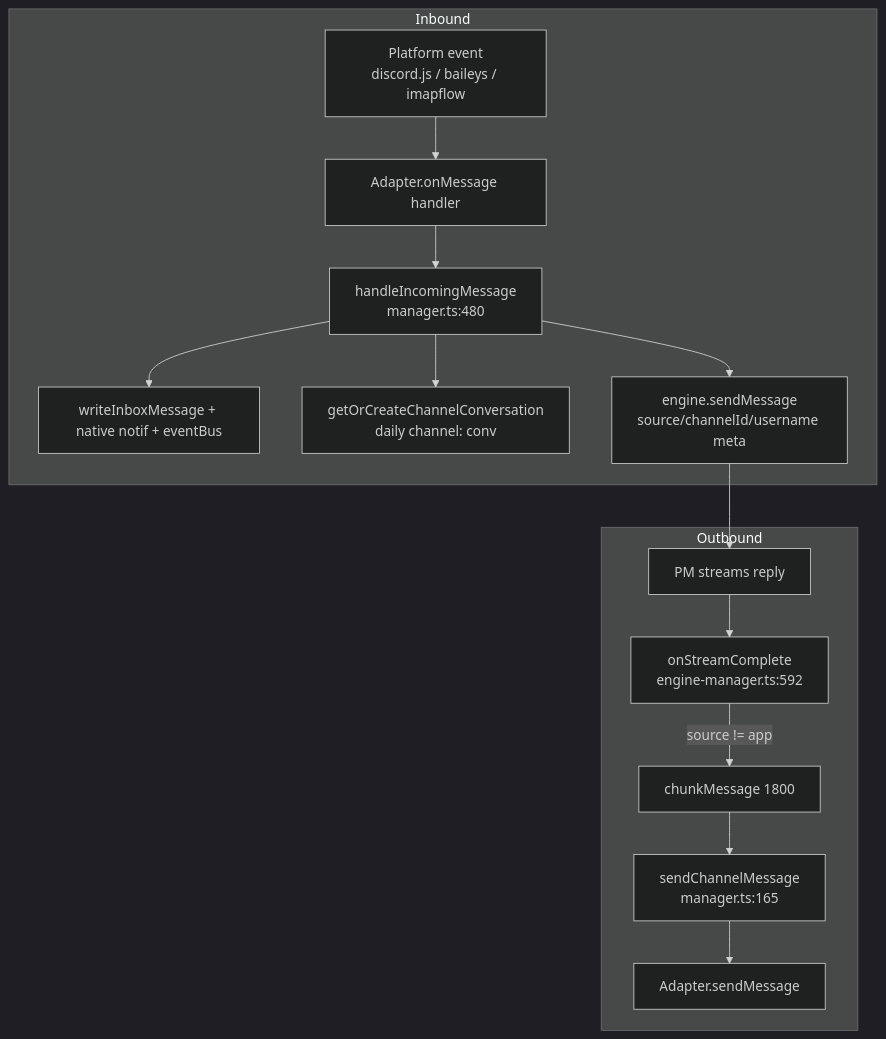
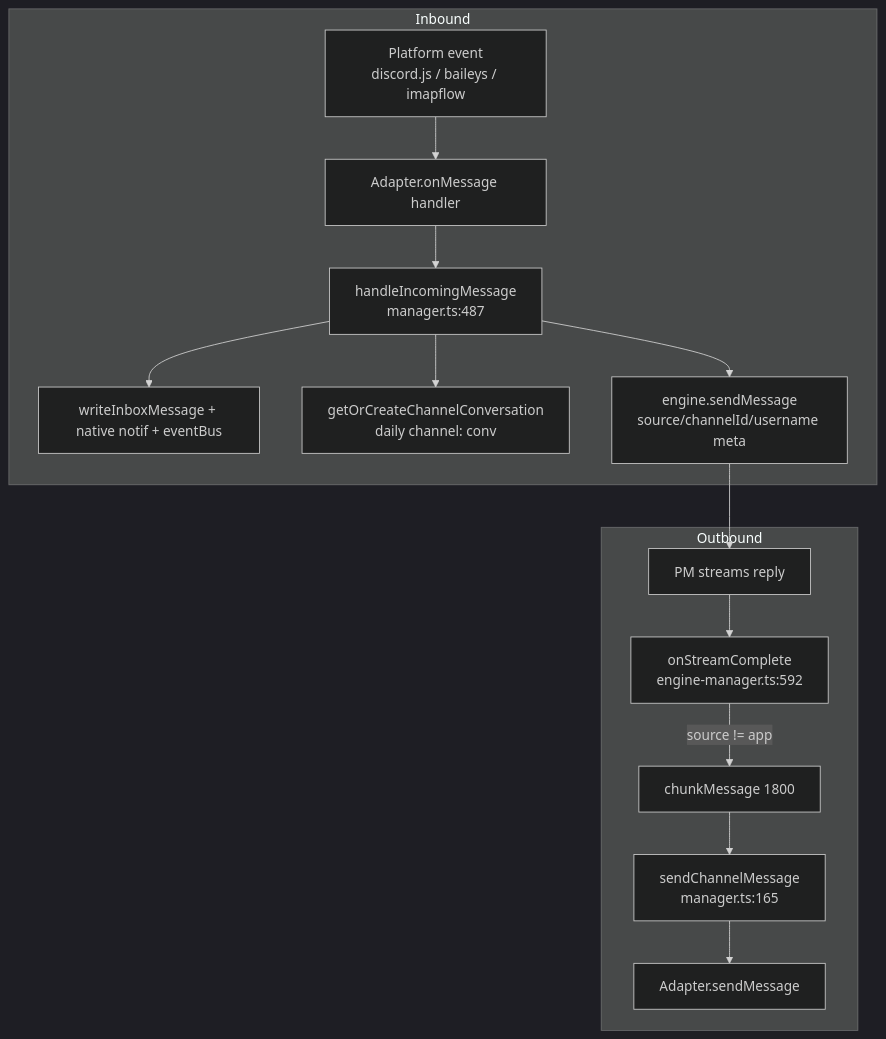
The diagram in project-wiki/subsystems/channels.md (sarfraznawaz2005/agentdesk), drawn with Mermaid (dark theme) before and after one commit. The commit also changed other lines of this file and 38 other files, not shown here.

````diff
--- a/project-wiki/subsystems/channels.md
+++ b/project-wiki/subsystems/channels.md
@@ -46,17 +46,17 @@
 ```mermaid
 flowchart TD
   subgraph Inbound
     P[Platform event<br/>discord.js / baileys / imapflow] --> A[Adapter.onMessage handler]
-    A --> H[handleIncomingMessage<br/>manager.ts:480]
+    A --> H[handleIncomingMessage<br/>manager.ts:487]
     H --> I[writeInboxMessage + native notif + eventBus]
     H --> C[getOrCreateChannelConversation<br/>daily channel: conv]
     H --> E[engine.sendMessage<br/>source/channelId/username meta]
   end
   subgraph Outbound
     E --> S[PM streams reply]
     S --> O[onStreamComplete<br/>engine-manager.ts:592]
     O -->|source != app| K[chunkMessage 1800]
     K --> SC[sendChannelMessage<br/>manager.ts:165]
     SC --> A2[Adapter.sendMessage]
   end
 ```
````
